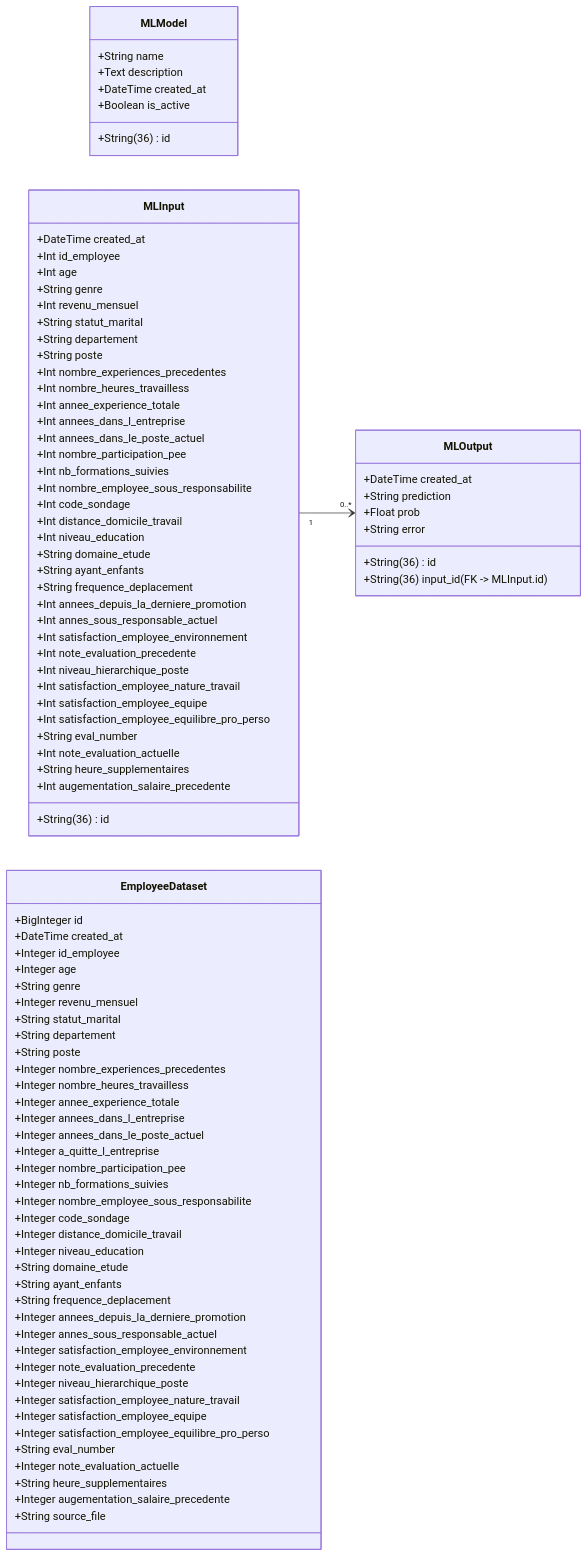
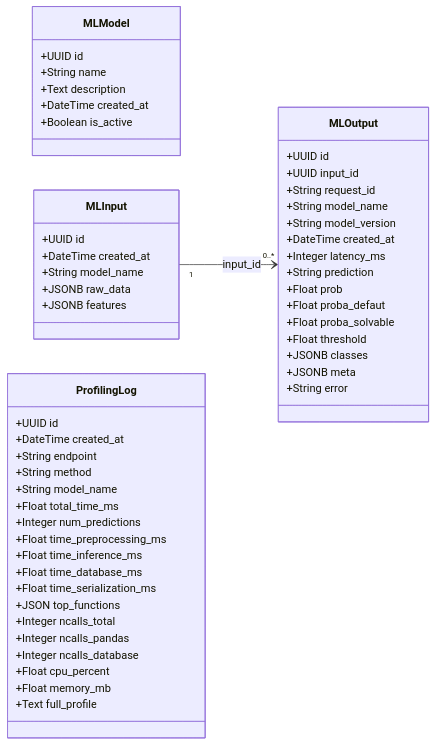
The diagram in README.md (marintosti12/MLOPS2-banque), drawn with Mermaid before and after one commit. The commit also changed other lines of this file and 13 other files, not shown here.

```diff
--- a/README.md
+++ b/README.md
@@ -67,113 +74,62 @@
 ~~~mermaid
 classDiagram
-  direction LR
+    direction LR
 
-  class MLModel {
-    +String(36) id
-    +String name
-    +Text description
-    +DateTime created_at
-    +Boolean is_active
-  }
+    class MLModel {
+        +UUID id
+        +String name
+        +Text description
+        +DateTime created_at
+        +Boolean is_active
+    }
 
-  class MLInput {
-    +String(36) id
-    +DateTime created_at
-    +Int id_employee
-    +Int age
-    +String genre
-    +Int revenu_mensuel
-    +String statut_marital
-    +String departement
-    +String poste
-    +Int nombre_experiences_precedentes
-    +Int nombre_heures_travailless
-    +Int annee_experience_totale
-    +Int annees_dans_l_entreprise
-    +Int annees_dans_le_poste_actuel
-    +Int nombre_participation_pee
-    +Int nb_formations_suivies
-    +Int nombre_employee_sous_responsabilite
-    +Int code_sondage
-    +Int distance_domicile_travail
-    +Int niveau_education
-    +String domaine_etude
-    +String ayant_enfants
-    +String frequence_deplacement
-    +Int annees_depuis_la_derniere_promotion
-    +Int annes_sous_responsable_actuel
-    +Int satisfaction_employee_environnement
-    +Int note_evaluation_precedente
-    +Int niveau_hierarchique_poste
-    +Int satisfaction_employee_nature_travail
-    +Int satisfaction_employee_equipe
-    +Int satisfaction_employee_equilibre_pro_perso
-    +String eval_number
-    +Int note_evaluation_actuelle
-    +String heure_supplementaires
-    +Int augementation_salaire_precedente
-  }
+    class MLInput {
+        +UUID id
+        +DateTime created_at
+        +String model_name
+        +JSONB raw_data
+        +JSONB features
+    }
 
-  
+    class MLOutput {
+        +UUID id
+        +UUID input_id
+        +String request_id
+        +String model_name
+        +String model_version
+        +DateTime created_at
+        +Integer latency_ms
+        +String prediction
+        +Float prob
+        +Float proba_defaut
+        +Float proba_solvable
+        +Float threshold
+        +JSONB classes
+        +JSONB meta
+        +String error
+    }
 
-  class MLOutput {
-    +String(36) id
-    +DateTime created_at
-    +String(36) input_id  (FK -> MLInput.id)
-    +String prediction
-    +Float prob
-    +String error
-  }
+    class ProfilingLog {
+        +UUID id
+        +DateTime created_at
+        +String endpoint
+        +String method
+        +String model_name
+        +Float total_time_ms
+        +Integer num_predictions
+        +Float time_preprocessing_ms
+        +Float time_inference_ms
+        +Float time_database_ms
+        +Float time_serialization_ms
+        +JSON top_functions
+        +Integer ncalls_total
+        +Integer ncalls_pandas
+        +Integer ncalls_database
+        +Float cpu_percent
+        +Float memory_mb
+        +Text full_profile
+    }
 
-  class EmployeeDataset {
-    +BigInteger id  
-    +DateTime created_at  
-    +Integer id_employee  
-
-    +Integer age
-    +String genre
-    +Integer revenu_mensuel
-    +String statut_marital
-    +String departement  
-    +String poste
-
-    +Integer nombre_experiences_precedentes
-    +Integer nombre_heures_travailless
-    +Integer annee_experience_totale
-    +Integer annees_dans_l_entreprise
-    +Integer annees_dans_le_poste_actuel
-
-    +Integer a_quitte_l_entreprise
-
-    +Integer nombre_participation_pee
-    +Integer nb_formations_suivies
-    +Integer nombre_employee_sous_responsabilite
-
-    +Integer code_sondage
-    +Integer distance_domicile_travail
-    +Integer niveau_education
-    +String domaine_etude
-
-    +String ayant_enfants
-    +String frequence_deplacement
-
-    +Integer annees_depuis_la_derniere_promotion
-    +Integer annes_sous_responsable_actuel
-    +Integer satisfaction_employee_environnement
-    +Integer note_evaluation_precedente
-    +Integer niveau_hierarchique_poste
-    +Integer satisfaction_employee_nature_travail
-    +Integer satisfaction_employee_equipe
-    +Integer satisfaction_employee_equilibre_pro_perso
-
-    +String eval_number  
-    +Integer note_evaluation_actuelle
-    +String heure_supplementaires
-    +Integer augementation_salaire_precedente
-
-    +String source_file  
-}
-
-  %% Relations
-  MLInput "1" --> "0..*" MLOutput
+    %% Relations
+    MLInput "1" --> "0..*" MLOutput : input_id
 ~~~
```
